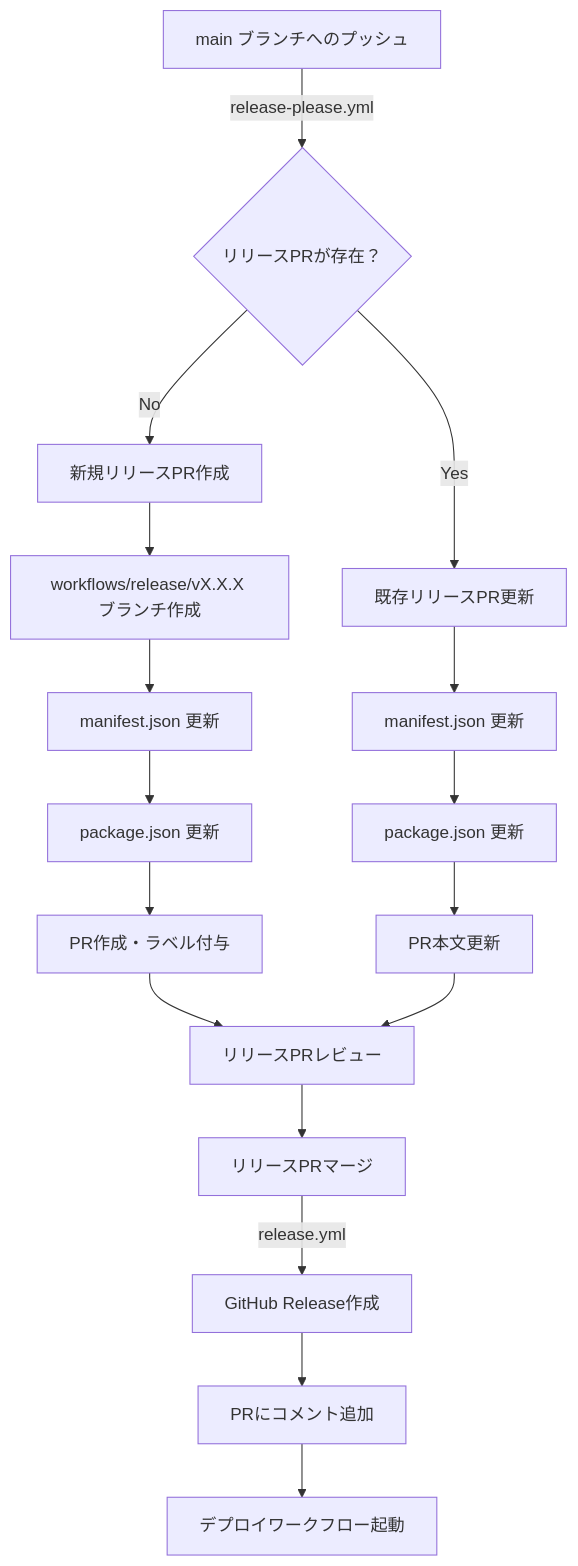
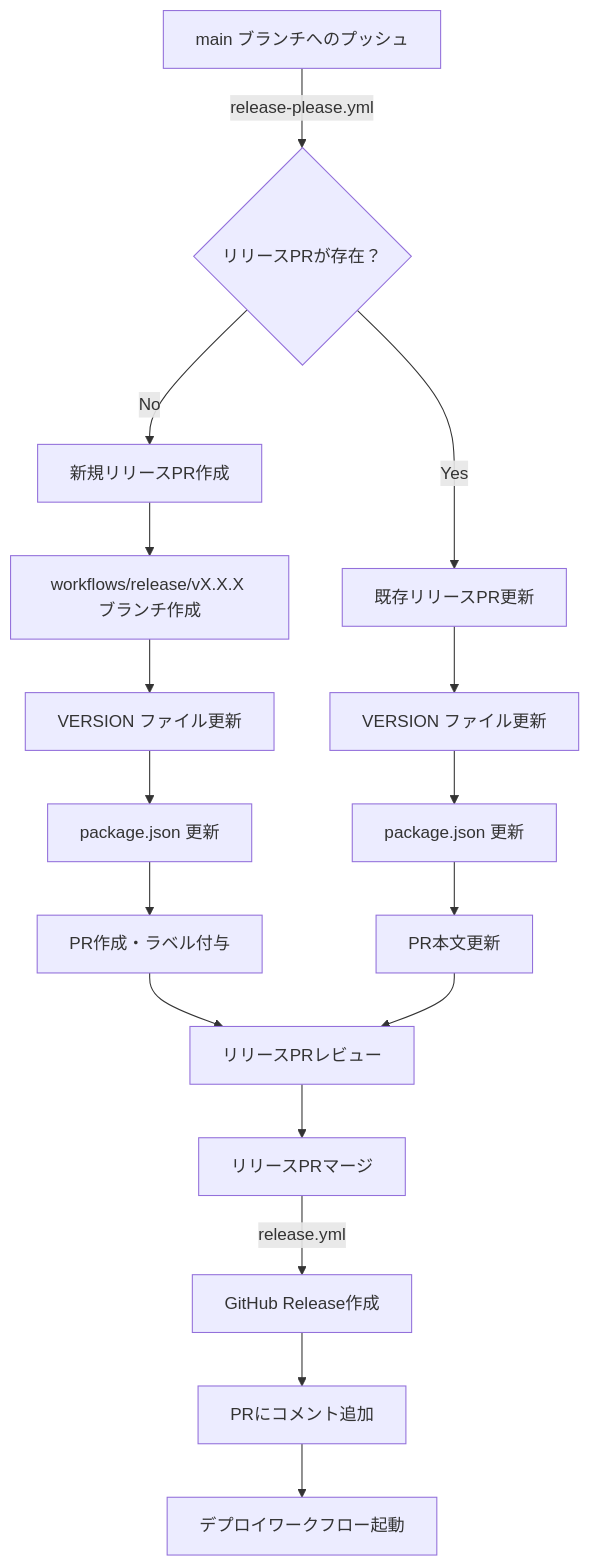
Before and after one commit to ishinova/ishinova.co.jp: the diagram in docs/release-flow.md, drawn with Mermaid. The commit also changed other lines of this file and 6 other files, not shown here.

````diff
--- a/docs/release-flow.md
+++ b/docs/release-flow.md
@@ -32,23 +32,23 @@
 ```mermaid
 graph TD
     A[main ブランチへのプッシュ] -->|release-please.yml| B{リリースPRが存在？}
     B -->|No| C[新規リリースPR作成]
     B -->|Yes| D[既存リリースPR更新]
     
     C --> E[workflows/release/vX.X.X ブランチ作成]
-    E --> F[manifest.json 更新]
+    E --> F[VERSION ファイル更新]
     F --> G[package.json 更新]
     G --> H[PR作成・ラベル付与]
     
-    D --> I[manifest.json 更新]
+    D --> I[VERSION ファイル更新]
     I --> J[package.json 更新]
     J --> K[PR本文更新]
     
     H --> L[リリースPRレビュー]
     K --> L
     
     L --> M[リリースPRマージ]
     M -->|release.yml| N[GitHub Release作成]
     N --> O[PRにコメント追加]
     O --> P[デプロイワークフロー起動]
 ```
````
